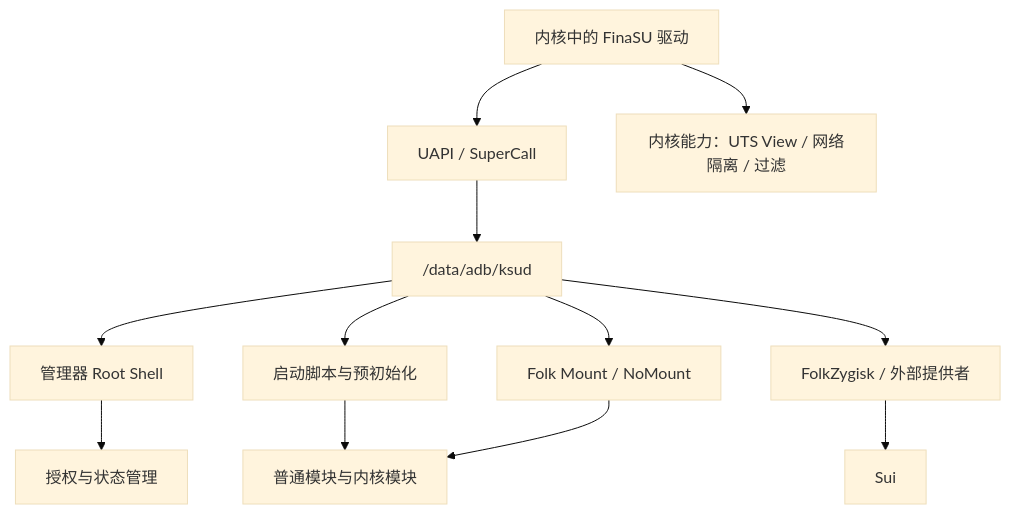
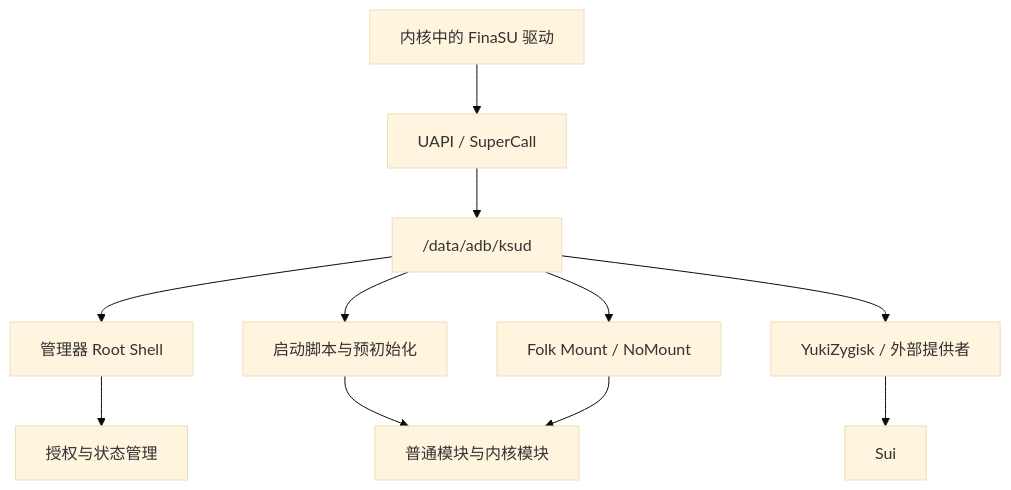
One commit to LxyaoX/FinaSU changed the first of 2 diagrams in website/docs/troubleshoot/runtime.md. Above: the diagram before and after it, drawn with Mermaid (base theme). The commit also changed other lines of this file and 135 other files, not shown here.

````diff
--- a/website/docs/troubleshoot/runtime.md
+++ b/website/docs/troubleshoot/runtime.md
@@ -21,15 +21,14 @@
 ```mermaid
 flowchart TD
     K["内核中的 FinaSU 驱动"] --> U["UAPI / SuperCall"]
     U --> D["/data/adb/ksud"]
     D --> M["管理器 Root Shell"]
     D --> S["启动脚本与预初始化"]
     D --> F["Folk Mount / NoMount"]
-    D --> Z["FolkZygisk / 外部提供者"]
+    D --> Z["YukiZygisk / 外部提供者"]
     Z --> SUI["Sui"]
-    K --> E["内核能力：UTS View / 网络隔离 / 过滤"]
 
     M --> A["授权与状态管理"]
     S --> MOD["普通模块与内核模块"]
     F --> MOD
 ```
````
